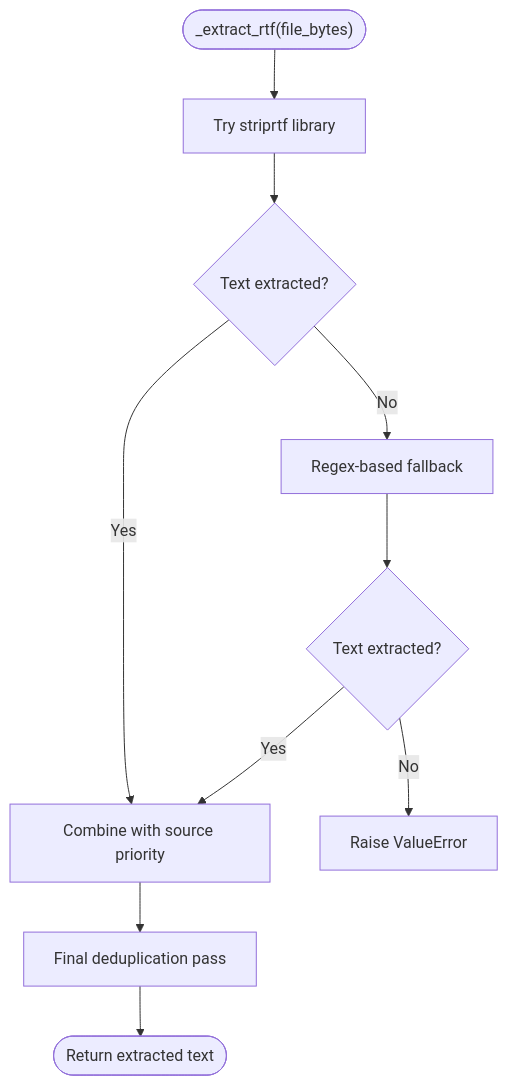
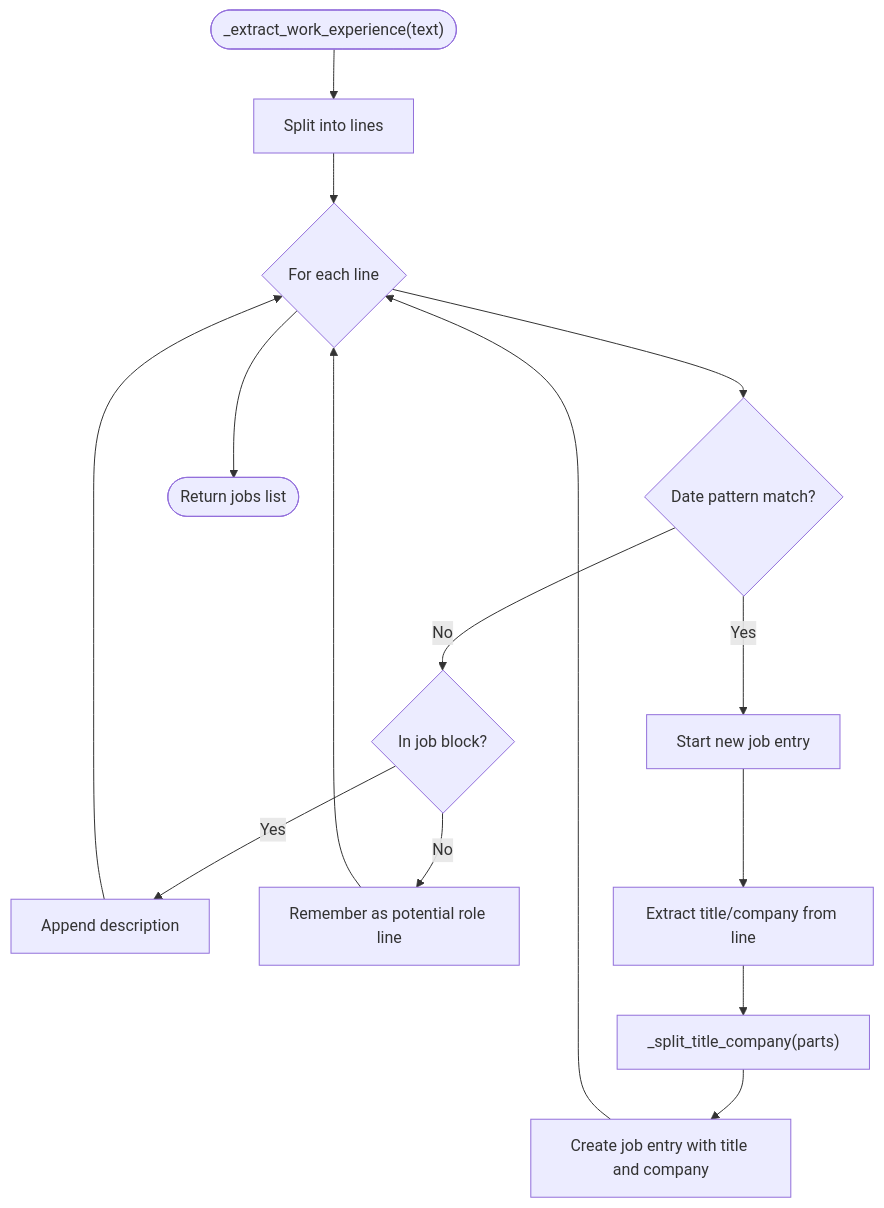
The seventh of 19 diagrams in .qoder/repowiki/en/content/Analysis Engine/Parser Service.md (Revanththetalogics/aireume), drawn with Mermaid before and after one commit. The commit also changed other lines of this file and 41 other files, not shown here.

````diff
--- a/.qoder/repowiki/en/content/Analysis Engine/Parser Service.md
+++ b/.qoder/repowiki/en/content/Analysis Engine/Parser Service.md
@@ -315,12 +402,17 @@
 ```mermaid
 flowchart TD
-Start(["_extract_rtf(file_bytes)"]) --> StripRTF["Try striprtf library"]
-StripRTF --> Success1{"Text extracted?"}
-Success1 --> |Yes| Combine["Combine with source priority"]
-Success1 --> |No| RegexFallback["Regex-based fallback"]
-RegexFallback --> Success2{"Text extracted?"}
-Success2 --> |Yes| Combine
-Success2 --> |No| Error["Raise ValueError"]
-Combine --> Deduplicate["Final deduplication pass"]
-Deduplicate --> Return(["Return extracted text"])
+ExpStart(["_extract_work_experience(text)"]) --> Lines["Split into lines"]
+Lines --> Iterate{"For each line"}
+Iterate --> DateMatch{"Date pattern match?"}
+DateMatch --> |Yes| NewJob["Start new job entry"]
+DateMatch --> |No| Accumulate{"In job block?"}
+Accumulate --> |Yes| AppendDesc["Append description"]
+Accumulate --> |No| Remember["Remember as potential role line"]
+NewJob --> ExtractTitleCompany["Extract title/company from line"]
+ExtractTitleCompany --> SplitTitleCompany["_split_title_company(parts)"]
+SplitTitleCompany --> CreateJob["Create job entry with title and company"]
+CreateJob --> Iterate
+AppendDesc --> Iterate
+Remember --> Iterate
+Iterate --> EndExp(["Return jobs list"])
 ```
````
